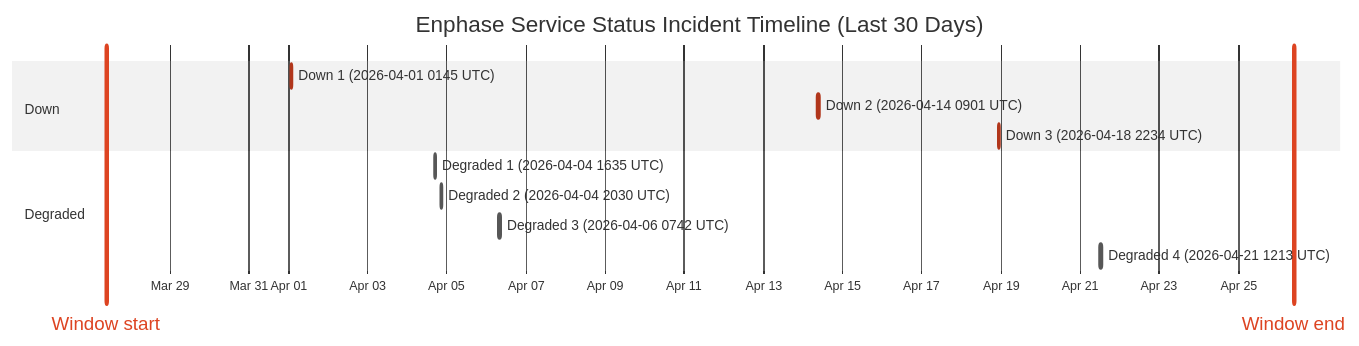
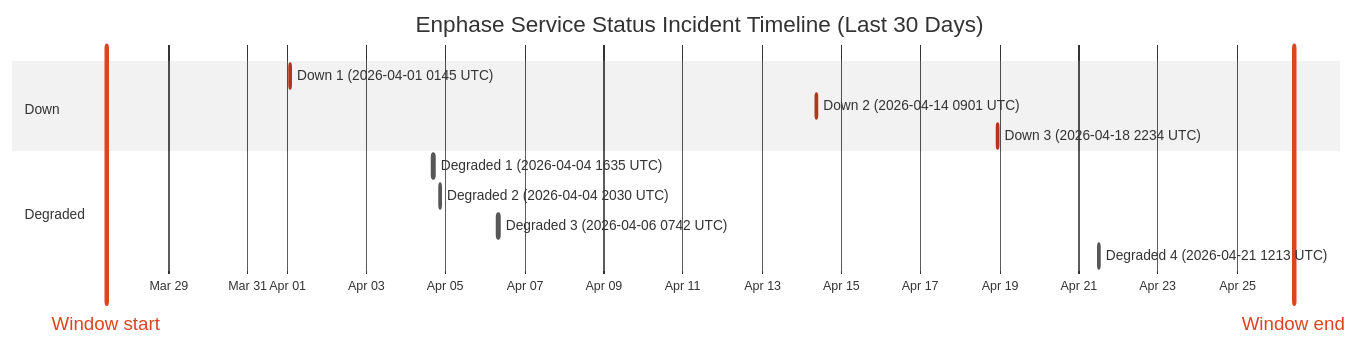
One commit to barneyonline/ha-enphase-ev-charger changed the diagram in wiki/Service-Status-History.md. Above: the diagram before and after it, drawn with Mermaid (neutral theme). The commit also changed other lines of this file and 3 other files, not shown here.

````diff
--- a/wiki/Service-Status-History.md
+++ b/wiki/Service-Status-History.md
@@ -14,17 +14,17 @@
 ```mermaid
 gantt
     title Enphase Service Status Incident Timeline (Last 30 Days)
     dateFormat  YYYY-MM-DDTHH:mm:ss
     axisFormat  %b %d
-    Window start :vert, window-start, 2026-03-27T09:30:05, 0ms
-    Window end :vert, window-end, 2026-04-26T09:30:05, 0ms
+    Window start :vert, window-start, 2026-03-27T10:25:36, 0ms
+    Window end :vert, window-end, 2026-04-26T10:25:36, 0ms
     section Down
     Down 1 (2026-04-01 0145 UTC) :crit, down-1, 2026-04-01T01:45:09, 60m
     Down 2 (2026-04-14 0901 UTC) :crit, down-2, 2026-04-14T09:01:13, 60m
     Down 3 (2026-04-18 2234 UTC) :crit, down-3, 2026-04-18T22:34:13, 60m
     section Degraded
     Degraded 1 (2026-04-04 1635 UTC) :active, degraded-1, 2026-04-04T16:35:17, 60m
     Degraded 2 (2026-04-04 2030 UTC) :active, degraded-2, 2026-04-04T20:30:40, 60m
     Degraded 3 (2026-04-06 0742 UTC) :active, degraded-3, 2026-04-06T07:42:09, 85m
     Degraded 4 (2026-04-21 1213 UTC) :active, degraded-4, 2026-04-21T12:13:11, 60m
 ```
````
